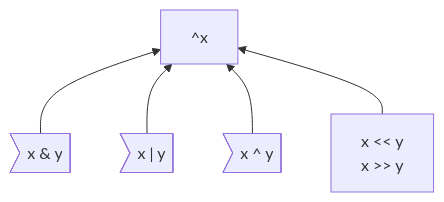
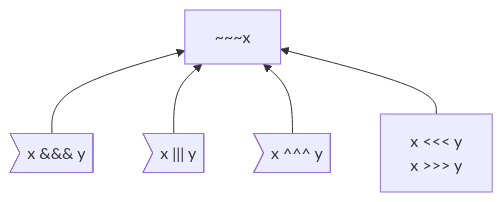
One commit to carbon-language/carbon-lang changed the diagram in docs/design/expressions/bitwise.md. Above: the diagram before and after it, drawn with Mermaid. The commit also changed other lines of this file and 8 other files, not shown here.

````diff
--- a/docs/design/expressions/bitwise.md
+++ b/docs/design/expressions/bitwise.md
@@ -55,11 +55,11 @@
 ```mermaid
 %%{init: {'themeVariables': {'fontFamily': 'monospace'}}}%%
 graph BT
-    complement["^x"]
-    bitwise_and>"x & y"]
-    bitwise_or>"x | y"]
-    bitwise_xor>"x ^ y"]
-    shift["x << y
-           x >> y"]
+    complement["~~~x"]
+    bitwise_and>"x &&& y"]
+    bitwise_or>"x ||| y"]
+    bitwise_xor>"x ^^^ y"]
+    shift["x <<< y
+           x >>> y"]
     bitwise_and & bitwise_or & bitwise_xor & shift --> complement
 ```
````
